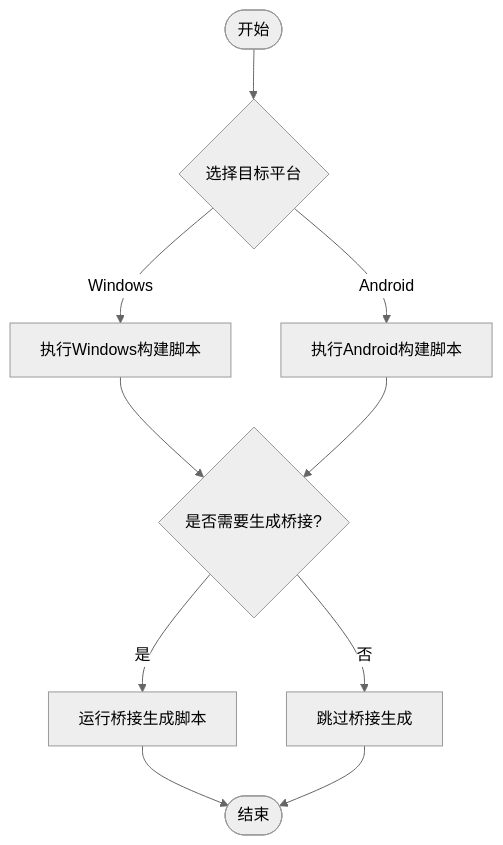
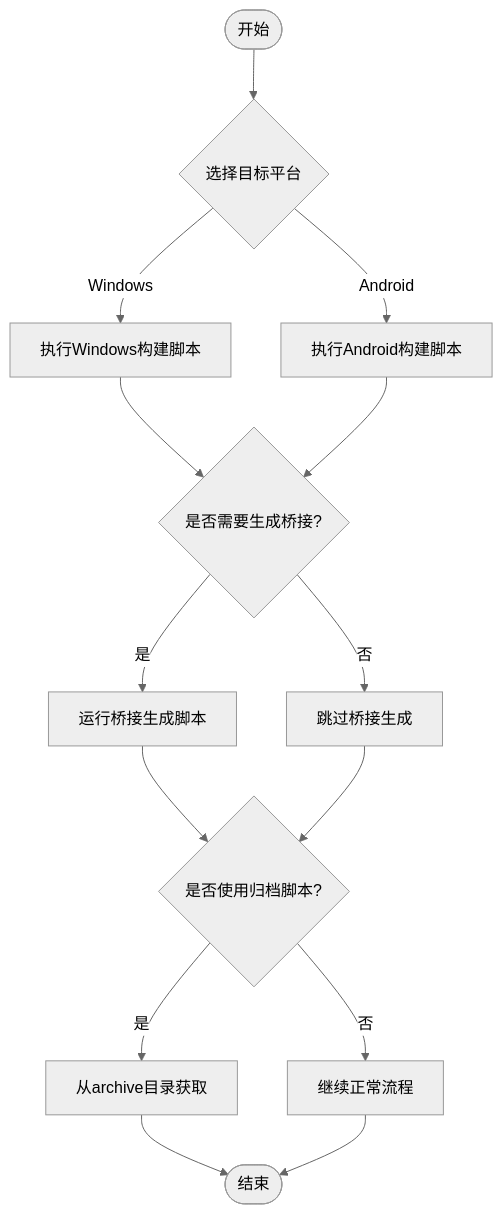
The fourth of 10 diagrams in .qoder/repowiki/zh/content/构建和部署/自动化脚本工具集.md (ZhangGHGitHub/LegadoTeamFlutter), drawn with Mermaid (neutral theme) before and after one commit. The commit also changed other lines of this file and 173 other files, not shown here.

````diff
--- a/.qoder/repowiki/zh/content/构建和部署/自动化脚本工具集.md
+++ b/.qoder/repowiki/zh/content/构建和部署/自动化脚本工具集.md
@@ -220,12 +236,16 @@
 ```mermaid
 flowchart TD
 Start(["开始"]) --> SelectTarget{"选择目标平台"}
 SelectTarget --> |Windows| WinBuild["执行Windows构建脚本"]
 SelectTarget --> |Android| AndBuild["执行Android构建脚本"]
 WinBuild --> GenBridge{"是否需要生成桥接?"}
 AndBuild --> GenBridge
 GenBridge --> |是| BridgeGen["运行桥接生成脚本"]
 GenBridge --> |否| SkipBridge["跳过桥接生成"]
-BridgeGen --> End(["结束"])
-SkipBridge --> End
+BridgeGen --> CheckArchive{"是否使用归档脚本?"}
+SkipBridge --> CheckArchive
+CheckArchive --> |是| ArchiveUse["从archive目录获取"]
+CheckArchive --> |否| Continue["继续正常流程"]
+ArchiveUse --> End(["结束"])
+Continue --> End
 ```
````
